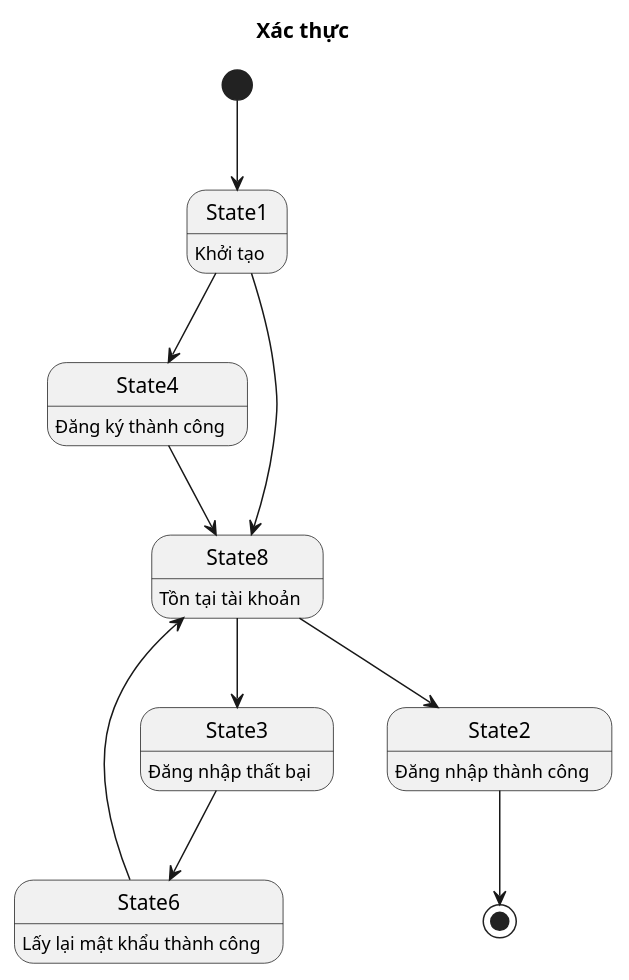
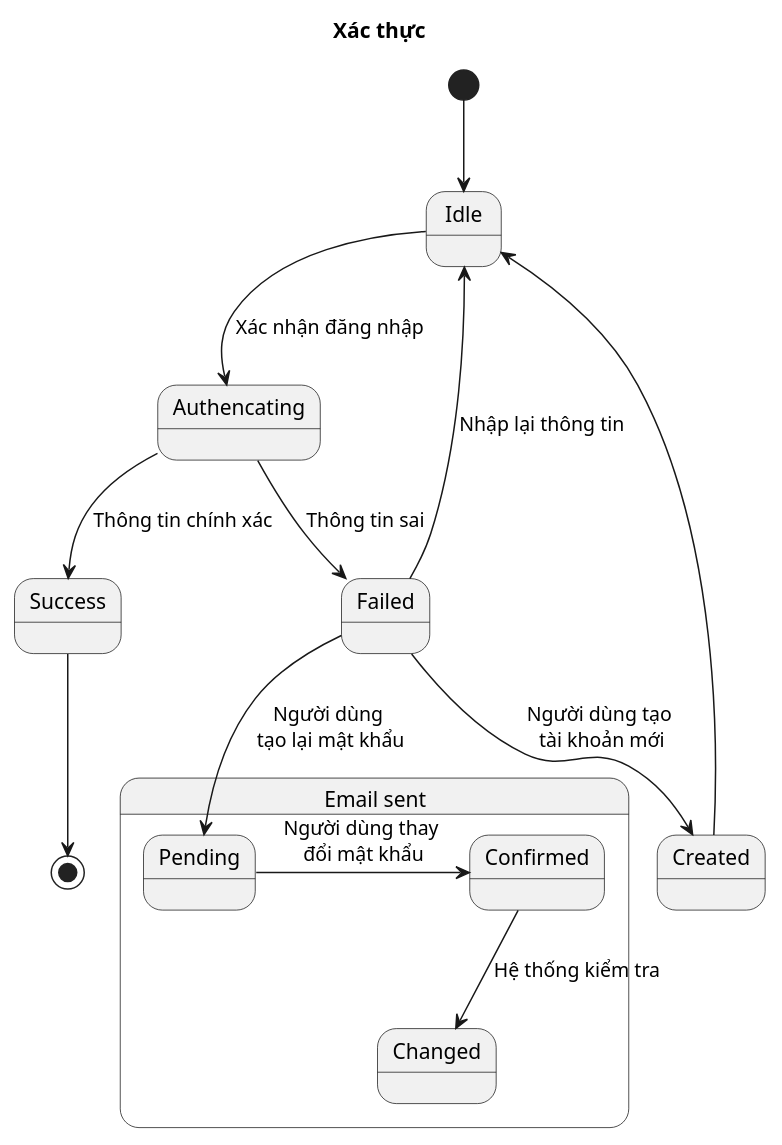
Before and after one commit to timothyagile/diagram-by-plantuml: the diagram in state-diagram /auhentication.plantuml, drawn with PlantUML. The commit also changed 14 other files, not shown here.

```diff
--- a/state-diagram /auhentication.plantuml
+++ b/state-diagram /auhentication.plantuml
@@ -1,27 +1,34 @@
 @startuml
 title Xác thực
+hide empty members
+state "Idle" as State1
+state "Authencating" as State2
+state "Success" as State3
+state "Failed" as State4
+
+state "Email sent" as State5 {
+    state "Pending" as State6
+    state "Confirmed" as State7
+    state "Changed" as State8
+
+    State4 --> State6 : Người dùng \ntạo lại mật khẩu
+    State6 -right-> State7 : Người dùng thay \nđổi mật khẩu
+    State7 --> State8 : Hệ thống kiểm tra
+}
+
+state "Created" as State9
 [*] --> State1
-'State1 --> [*]
-State1 : Khởi tạo
-State2 : Đăng nhập thành công 
-State3 : Đăng nhập thất bại 
-State4 : Đăng ký thành công
-State6 : Lấy lại mật khẩu thành công
-State8 : Tồn tại tài khoản
+State1 --> State2 : Xác nhận đăng nhập
+State2 --> State3 : Thông tin chính xác
+State2 --> State4 : Thông tin sai
+State4 -up-> State1 : Nhập lại thông tin
+State4 --> State9 : Người dùng tạo\n tài khoản mới
+State9 --> State1
+State3 --> [*]
 
-'flow1: đã có tài khoản, đăng nhập thành công
-State1 --> State8
-State8 --> State2
-State2 --> [*]
 
-'flow2: không có tài khoản, đăng ký thành công
-State1-->State4
-State4-->State8
 
-'flow3: đã có tài khoản, đăng nhập thất bại
-State8-->State3
-State3-->State6
-State6-->State8
+
 
 
 @enduml
```
